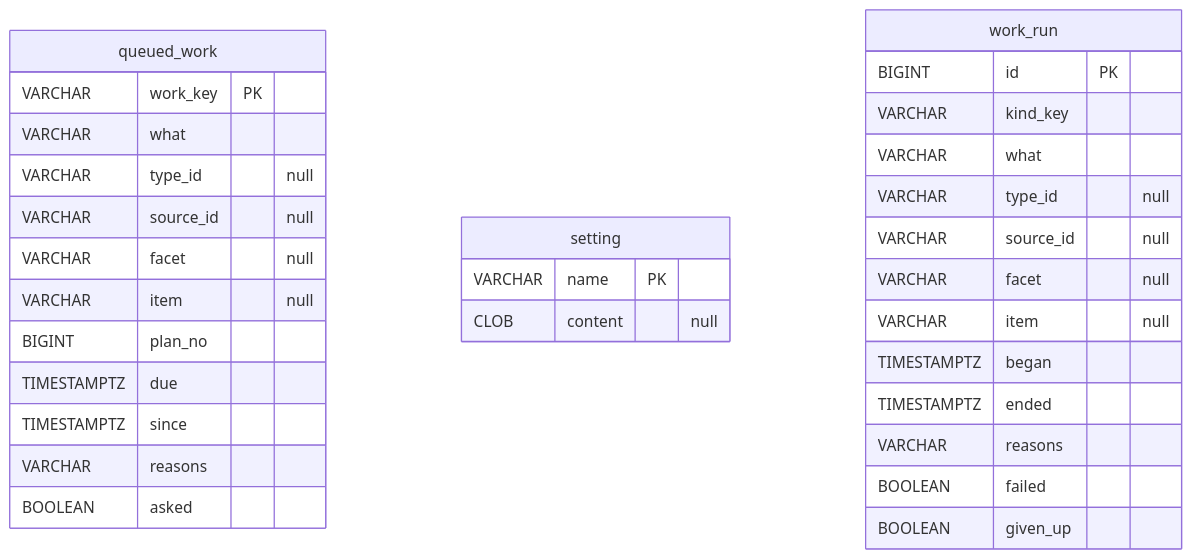
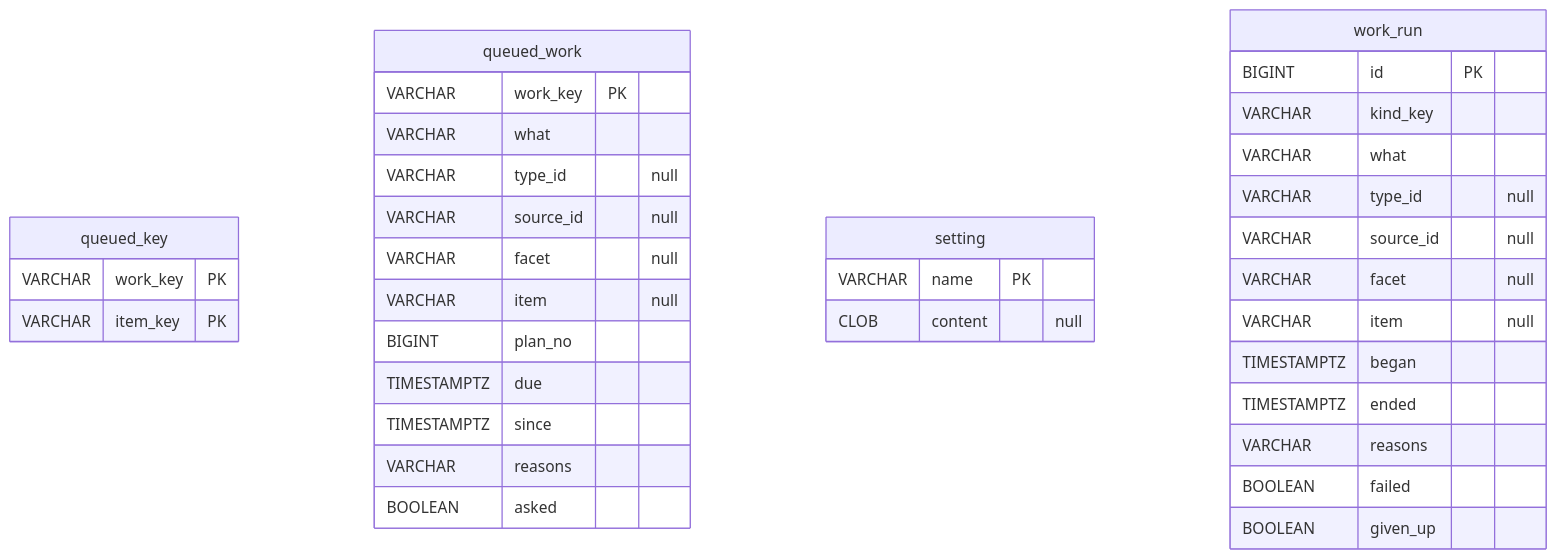
The diagram in docs/database/app.md (vlsergey/recommend4me), drawn with Mermaid before and after one commit. The commit also changed other lines of this file and 21 other files, not shown here.

````diff
--- a/docs/database/app.md
+++ b/docs/database/app.md
@@ -14,34 +15,38 @@
 ```mermaid
 erDiagram
+    queued_key {
+        VARCHAR work_key PK
+        VARCHAR item_key PK
+    }
     queued_work {
         VARCHAR work_key PK
         VARCHAR what
         VARCHAR type_id "null"
         VARCHAR source_id "null"
         VARCHAR facet "null"
         VARCHAR item "null"
         BIGINT plan_no
         TIMESTAMPTZ due
         TIMESTAMPTZ since
         VARCHAR reasons
         BOOLEAN asked
     }
     setting {
         VARCHAR name PK
         CLOB content "null"
     }
     work_run {
         BIGINT id PK
         VARCHAR kind_key
         VARCHAR what
         VARCHAR type_id "null"
         VARCHAR source_id "null"
         VARCHAR facet "null"
         VARCHAR item "null"
         TIMESTAMPTZ began
         TIMESTAMPTZ ended
         VARCHAR reasons
         BOOLEAN failed
         BOOLEAN given_up
     }
 ```
````
